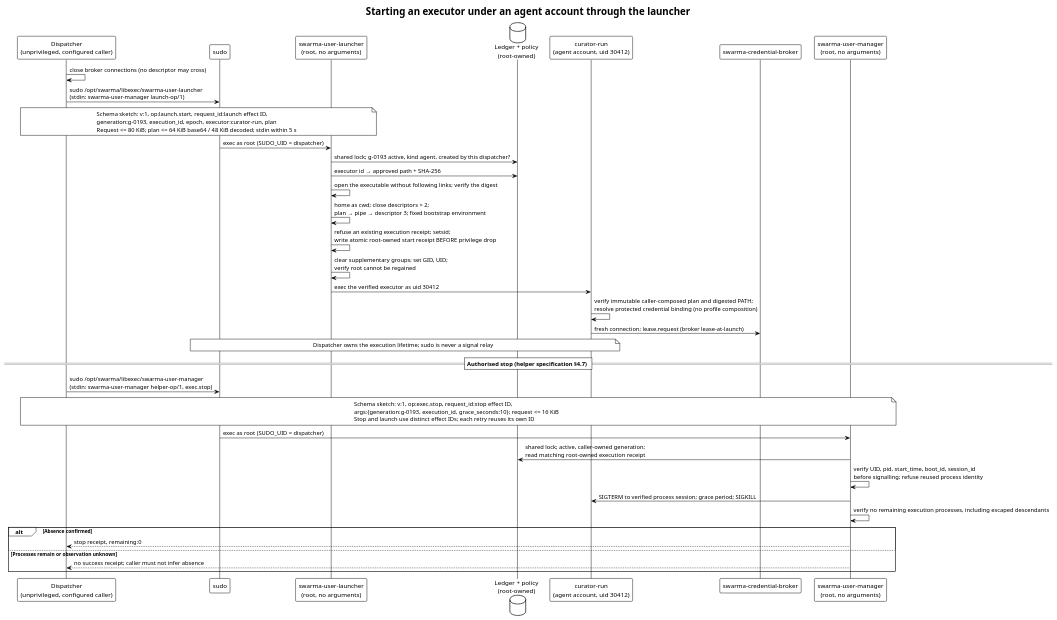
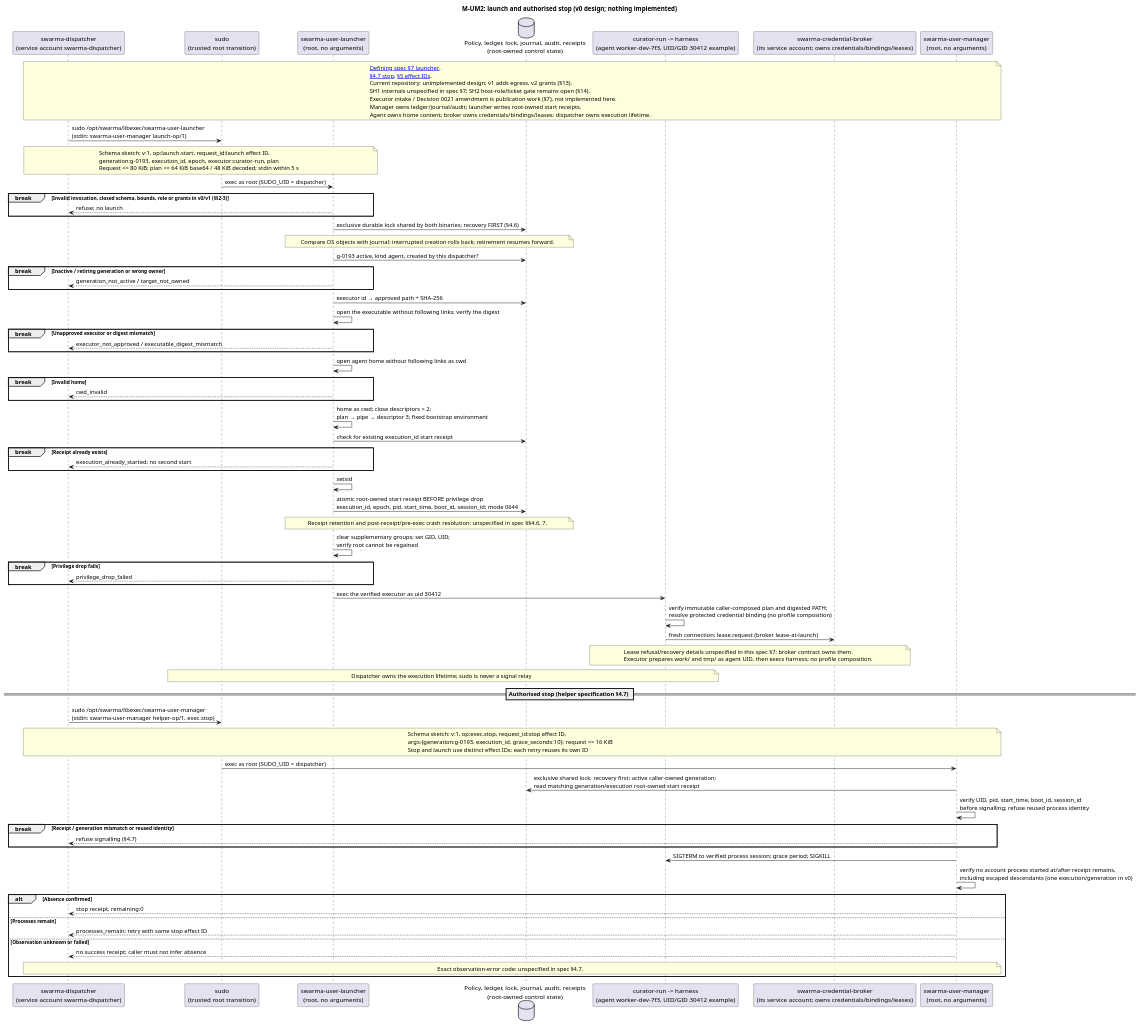
One commit to relux-works/swarma-user-manager changed the diagram in diagrams/launch.puml. Above: the diagram before and after it, drawn with PlantUML. The commit also changed 7 other files, not shown here.

First line of the commit message:
Docs: user manager module diagrams M-UM1 to M-UM4 (TASK-261011-22945l)

```diff
--- a/diagrams/launch.puml
+++ b/diagrams/launch.puml
@@ -1,41 +1,79 @@
 @startuml launch
-!theme plain
-title Starting an executor under an agent account through the launcher
+title M-UM2: launch and authorised stop (v0 design; nothing implemented)
 
-participant "Dispatcher\n(unprivileged, configured caller)" as D
-participant "sudo" as S
+participant "swarma-dispatcher\n(service account swarma-dispatcher)" as D
+participant "sudo\n(trusted root transition)" as S
 participant "swarma-user-launcher\n(root, no arguments)" as L
-database "Ledger + policy\n(root-owned)" as R
-participant "curator-run\n(agent account, uid 30412)" as E
-participant "swarma-credential-broker" as B
+database "Policy, ledger, lock, journal, audit, receipts\n(root-owned control state)" as R
+participant "curator-run -> harness\n(agent worker-dev-7f3, UID/GID 30412 example)" as E
+participant "swarma-credential-broker\n(its service account; owns credentials/bindings/leases)" as B
 participant "swarma-user-manager\n(root, no arguments)" as M
 
-D -> D: close broker connections (no descriptor may cross)
+note over D,M
+  [[../spec/helper.md#7-the-launcher-swarma-user-launcher Defining spec §7 launcher]],
+  [[../spec/helper.md#47-execstop §4.7 stop]], [[../spec/helper.md#5-cross-component-reconciliation §5 effect IDs]].
+  Current repository: unimplemented design; v1 adds egress, v2 grants (§13).
+  SH1 internals unspecified in spec §7; SH2 host-role/ticket gate remains open (§14).
+  Executor intake / Decision 0021 amendment is publication work (§7), not implemented here.
+  Manager owns ledger/journal/audit; launcher writes root-owned start receipts.
+  Agent owns home content; broker owns credentials/bindings/leases; dispatcher owns execution lifetime.
+end note
 D -> S: sudo /opt/swarma/libexec/swarma-user-launcher\n(stdin: swarma-user-manager launch-op/1)
 note over D, L: Schema sketch: v:1, op:launch.start, request_id:launch effect ID,\ngeneration:g-0193, execution_id, epoch, executor:curator-run, plan\nRequest <= 80 KiB; plan <= 64 KiB base64 / 48 KiB decoded; stdin within 5 s
 S -> L: exec as root (SUDO_UID = dispatcher)
-L -> R: shared lock; g-0193 active, kind agent, created by this dispatcher?
+break Invalid invocation, closed schema, bounds, role or grants in v0/v1 (§§2-3)
+  L --> D: refuse; no launch
+end
+L -> R: exclusive durable lock shared by both binaries; recovery FIRST (§4.6)
+note over L,R: Compare OS objects with journal: interrupted creation rolls back; retirement resumes forward.
+L -> R: g-0193 active, kind agent, created by this dispatcher?
+break Inactive / retiring generation or wrong owner
+  L --> D: generation_not_active / target_not_owned
+end
 L -> R: executor id → approved path + SHA-256
 L -> L: open the executable without following links; verify the digest
+break Unapproved executor or digest mismatch
+  L --> D: executor_not_approved / executable_digest_mismatch
+end
+L -> L: open agent home without following links as cwd
+break Invalid home
+  L --> D: cwd_invalid
+end
 L -> L: home as cwd; close descriptors > 2;\nplan → pipe → descriptor 3; fixed bootstrap environment
-L -> L: refuse an existing execution receipt; setsid;\nwrite atomic root-owned start receipt BEFORE privilege drop
+L -> R: check for existing execution_id start receipt
+break Receipt already exists
+  L --> D: execution_already_started; no second start
+end
+L -> L: setsid
+L -> R: atomic root-owned start receipt BEFORE privilege drop\nexecution_id, epoch, pid, start_time, boot_id, session_id; mode 0644
+note over L,R: Receipt retention and post-receipt/pre-exec crash resolution: unspecified in spec §§4.6, 7.
 L -> L: clear supplementary groups; set GID, UID;\nverify root cannot be regained
+break Privilege drop fails
+  L --> D: privilege_drop_failed
+end
 L -> E: exec the verified executor as uid 30412
 E -> E: verify immutable caller-composed plan and digested PATH;\nresolve protected credential binding (no profile composition)
 E -> B: fresh connection; lease.request (broker lease-at-launch)
+note over E,B: Lease refusal/recovery details unspecified in this spec §7; broker contract owns them.\nExecutor prepares work/ and tmp/ as agent UID, then execs harness; no profile composition.
 note over S, E: Dispatcher owns the execution lifetime; sudo is never a signal relay
 
 == Authorised stop (helper specification §4.7) ==
 D -> S: sudo /opt/swarma/libexec/swarma-user-manager\n(stdin: swarma-user-manager helper-op/1, exec.stop)
 note over D, M: Schema sketch: v:1, op:exec.stop, request_id:stop effect ID,\nargs:{generation:g-0193, execution_id, grace_seconds:10}; request <= 16 KiB\nStop and launch use distinct effect IDs; each retry reuses its own ID
 S -> M: exec as root (SUDO_UID = dispatcher)
-M -> R: shared lock; active, caller-owned generation;\nread matching root-owned execution receipt
+M -> R: exclusive shared lock; recovery first; active caller-owned generation;\nread matching generation/execution root-owned start receipt
 M -> M: verify UID, pid, start_time, boot_id, session_id\nbefore signalling; refuse reused process identity
+break Receipt / generation mismatch or reused identity
+  M --> D: refuse signalling (§4.7)
+end
 M -> E: SIGTERM to verified process session; grace period; SIGKILL
-M -> M: verify no remaining execution processes, including escaped descendants
+M -> M: verify no account process started at/after receipt remains,\nincluding escaped descendants (one execution/generation in v0)
 alt Absence confirmed
   M --> D: stop receipt, remaining:0
-else Processes remain or observation unknown
+else Processes remain
+  M --> D: processes_remain; retry with same stop effect ID
+else Observation unknown or failed
   M --> D: no success receipt; caller must not infer absence
+  note over M,D: Exact observation-error code: unspecified in spec §4.7.
 end
 @enduml
```
